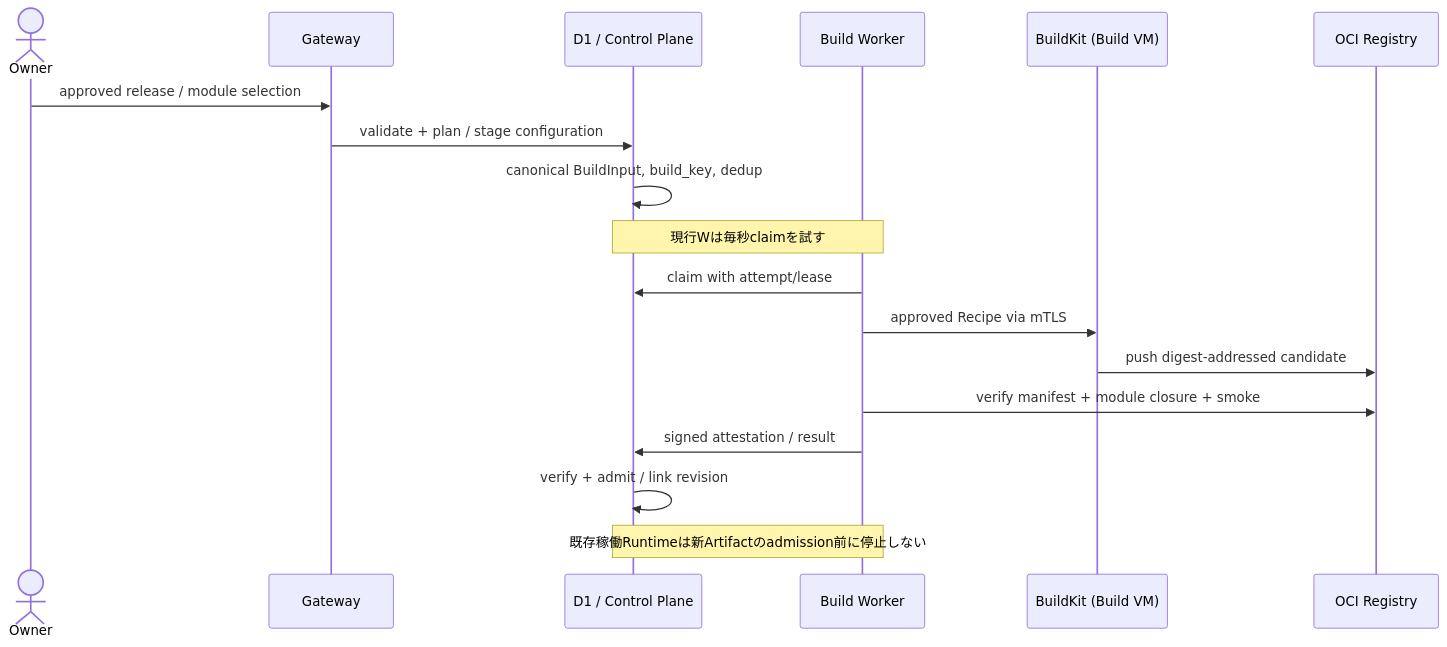
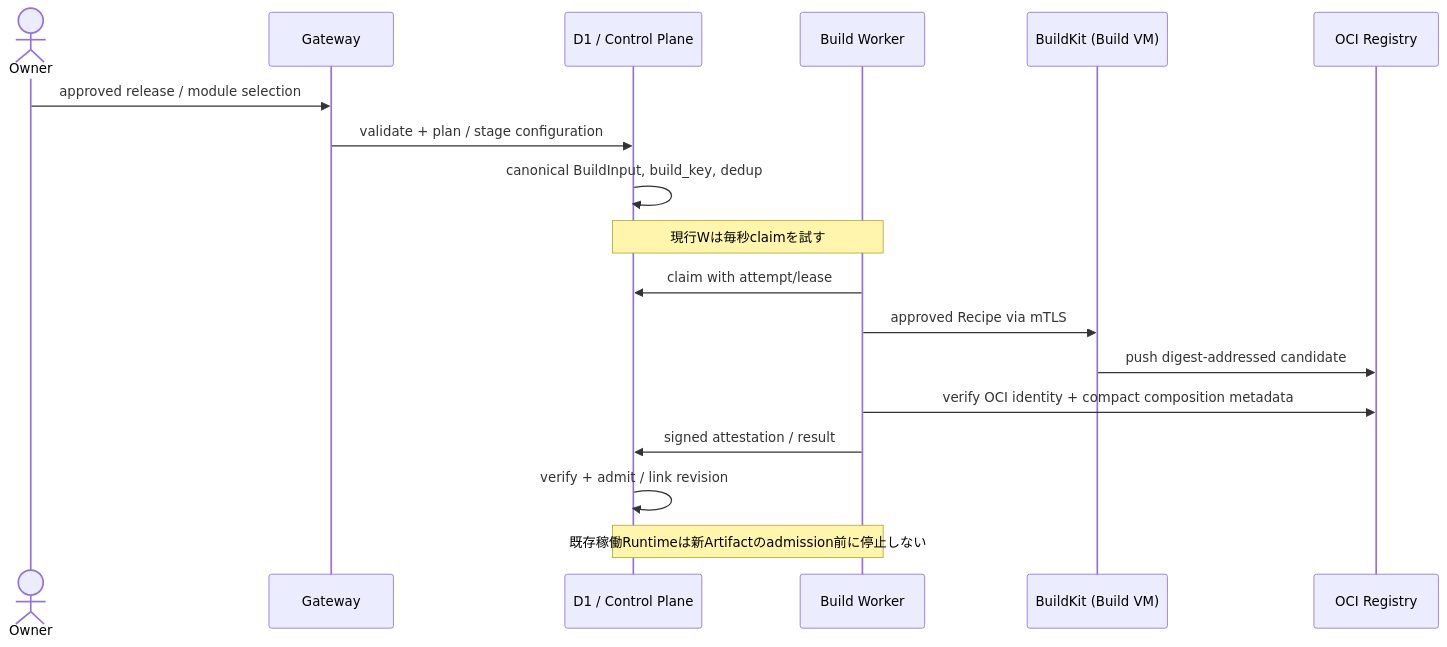
The second of 2 diagrams in docs/architecture/EXECUTION.md (yohn-jp/praetorium), drawn with Mermaid before and after one commit. The commit also changed other lines of this file, not shown here.

````diff
--- a/docs/architecture/EXECUTION.md
+++ b/docs/architecture/EXECUTION.md
@@ -63,20 +63,20 @@
 ```mermaid
 sequenceDiagram
     actor Owner
     participant G as Gateway
     participant D as D1 / Control Plane
     participant W as Build Worker
     participant B as BuildKit (Build VM)
     participant R as OCI Registry
     Owner->>G: approved release / module selection
     G->>D: validate + plan / stage configuration
     D->>D: canonical BuildInput, build_key, dedup
     Note over D,W: 現行Wは毎秒claimを試す
     W->>D: claim with attempt/lease
     W->>B: approved Recipe via mTLS
     B->>R: push digest-addressed candidate
-    W->>R: verify manifest + module closure + smoke
+    W->>R: verify OCI identity + compact composition metadata
     W->>D: signed attestation / result
     D->>D: verify + admit / link revision
     Note over D,W: 既存稼働Runtimeは新Artifactのadmission前に停止しない
 ```
````
